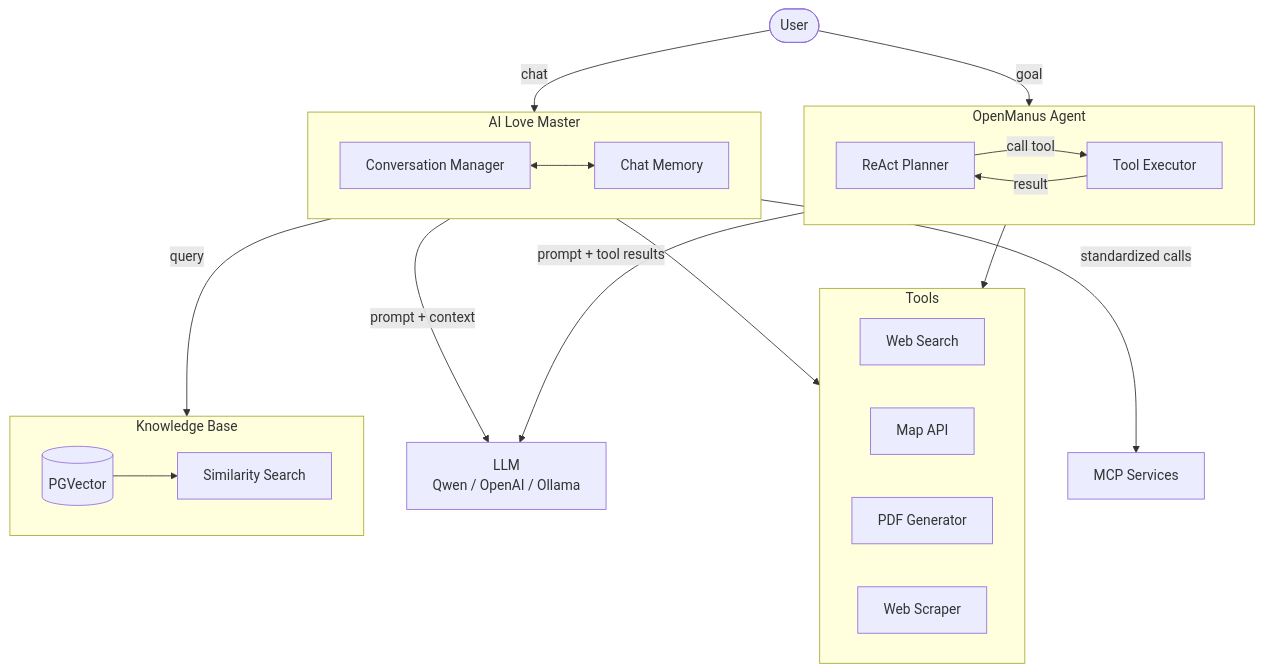
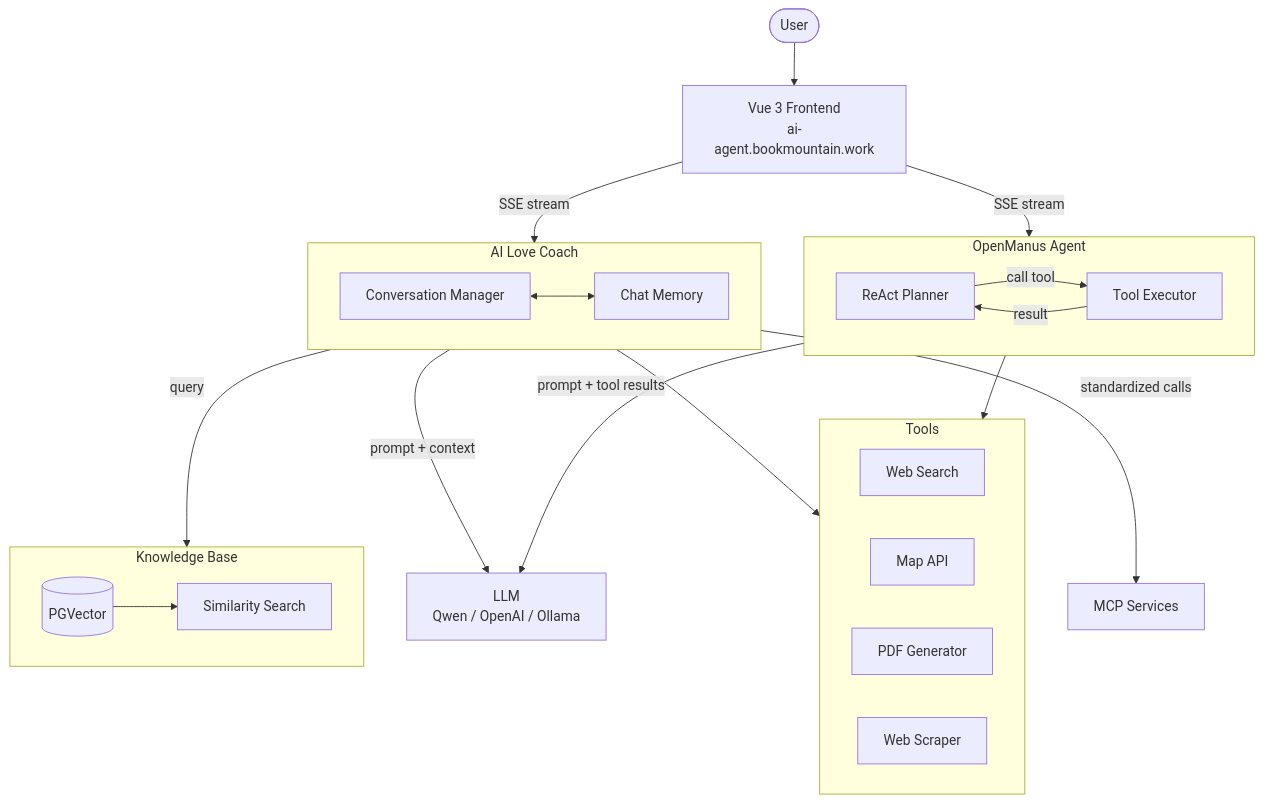
Before and after one commit to bookmountain/ai-agent: the first of 3 diagrams in README.md, drawn with Mermaid. The commit also changed other lines of this file and 1 other file, not shown here.

Commit message:
docs: add DEPLOYMENT.md and update README with frontend and live demo

````diff
--- a/README.md
+++ b/README.md
@@ -13,43 +17,45 @@
 ```mermaid
 graph TD
     User([User])
+    FE[Vue 3 Frontend\nai-agent.bookmountain.work]
 
-    User -->|chat| AiLoveMaster
-    User -->|goal| OpenManus
+    User --> FE
+    FE -->|SSE stream| AiLoveMaster
+    FE -->|SSE stream| OpenManus
 
-    subgraph AiLoveMaster[AI Love Master]
+    subgraph AiLoveMaster[AI Love Coach]
         Chat[Conversation Manager]
         Memory[Chat Memory]
         Chat <--> Memory
     end
 
     subgraph OpenManus[OpenManus Agent]
         Planner[ReAct Planner]
         Executor[Tool Executor]
         Planner -->|call tool| Executor
         Executor -->|result| Planner
     end
 
     AiLoveMaster -->|query| RAG
     AiLoveMaster -->|prompt + context| LLM
     OpenManus -->|prompt + tool results| LLM
 
     subgraph RAG[Knowledge Base]
         VectorDB[(PGVector)]
         Retriever[Similarity Search]
         VectorDB --> Retriever
     end
 
     AiLoveMaster --> Tools
     OpenManus --> Tools
     AiLoveMaster -->|standardized calls| MCP[MCP Services]
 
     subgraph Tools[Tools]
         Search[Web Search]
         Maps[Map API]
         PDF[PDF Generator]
         Scraper[Web Scraper]
     end
 
     LLM[LLM\nQwen / OpenAI / Ollama]
 ```
````
